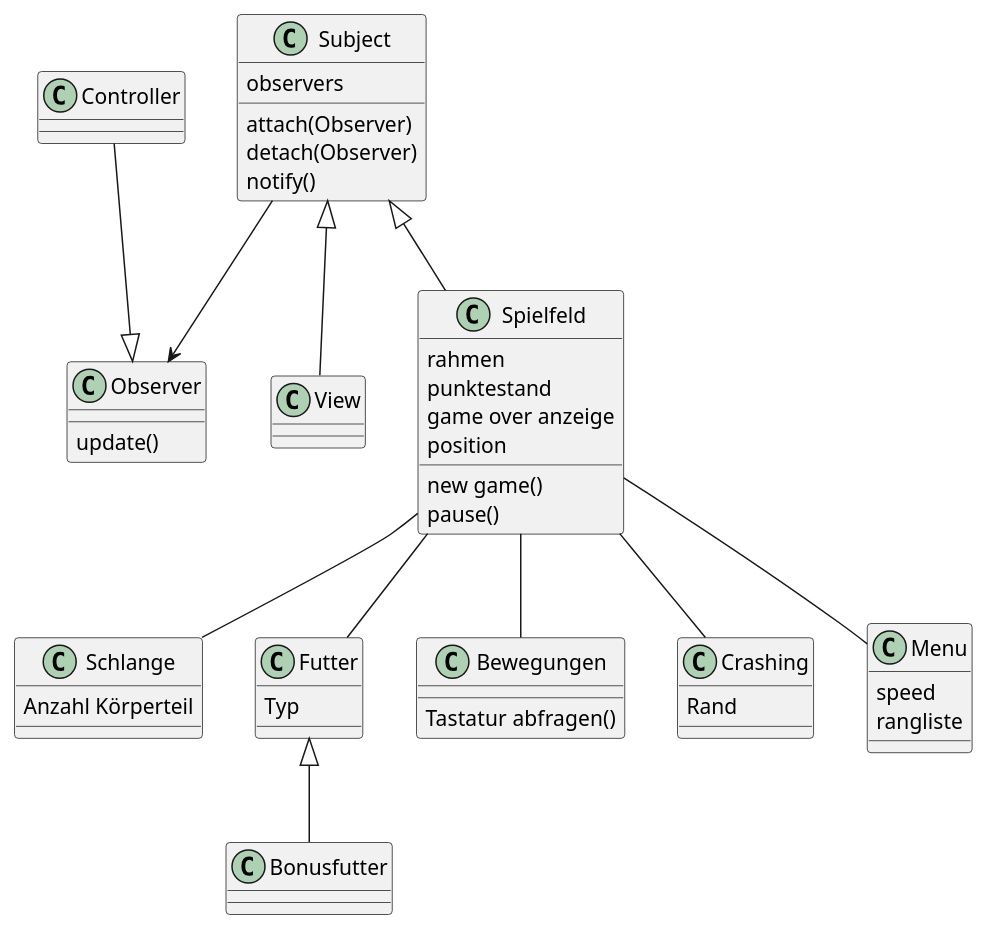
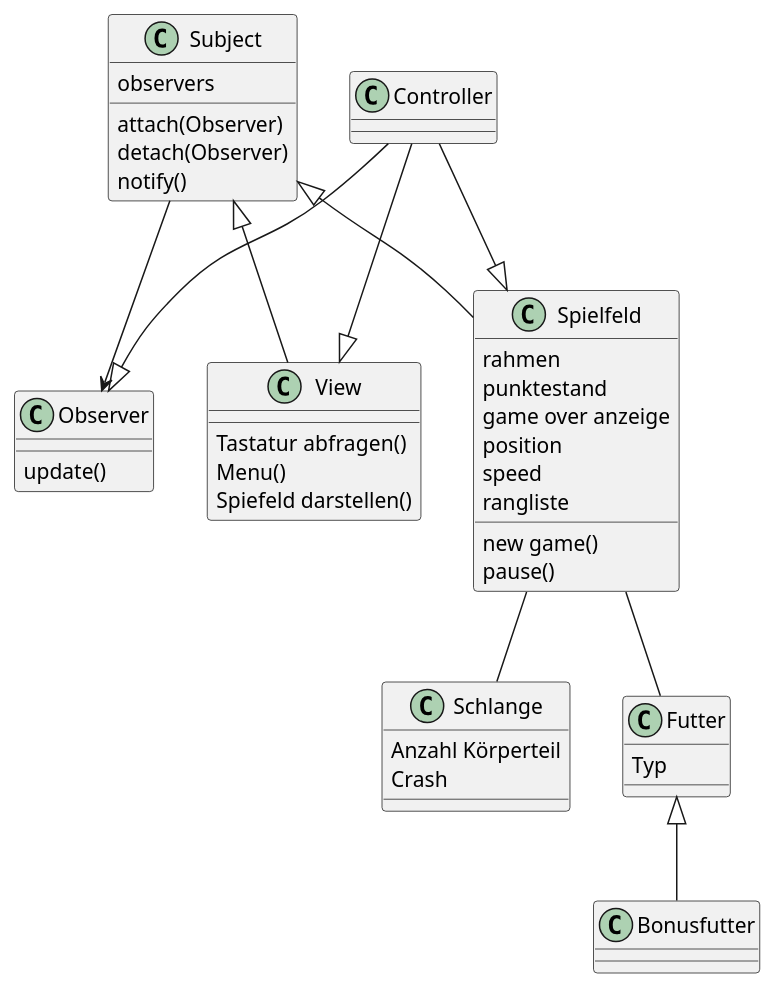
The diagram in Klasse.puml (PFOTeko/Projektarbeit), drawn with PlantUML before and after one commit. The commit also changed 5 other files, not shown here.

```diff
--- a/Klasse.puml
+++ b/Klasse.puml
@@ -1,65 +1,59 @@
 @startuml
 
 class Subject {
     observers
     attach(Observer)
     detach(Observer)
     notify()
 }
 
 class Observer {
     update()
 }
 
 class View{
 
+
+Tastatur abfragen()
+Menu()
+Spiefeld darstellen()
+
 }
 
 class Controller{
 
 }
 
 class Schlange{
 Anzahl Körperteil
+Crash
 }
 
 class Futter{
 Typ
 }
 
 class Bonusfutter{
 }
 
 class Spielfeld{
 rahmen
 new game()
 pause()
 punktestand
 game over anzeige
 position
-} 
-
-class Bewegungen{
-Tastatur abfragen()
-} 
-
-class Crashing{
-Rand
-} 
-
-class Menu{
 speed
 rangliste
-} 
+}
 
 Spielfeld -- Schlange
 Spielfeld -- Futter
-Spielfeld -- Bewegungen
-Spielfeld -- Crashing
-Spielfeld -- Menu
 Futter <|-- Bonusfutter
 Subject <|-- Spielfeld
 Subject --> Observer
 Subject <|-- View
 Controller --|> Observer
+Controller --|> View
+Controller --|> Spielfeld
 @enduml
```
